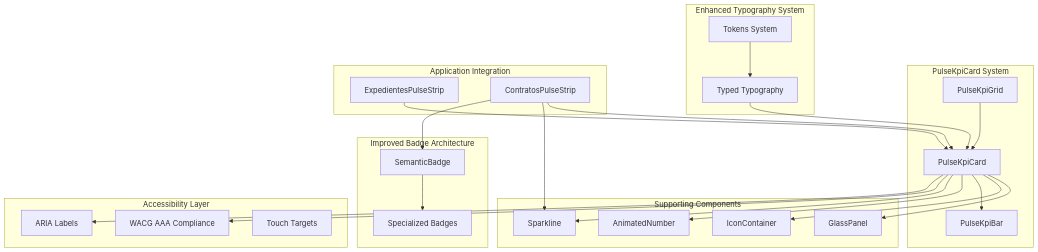
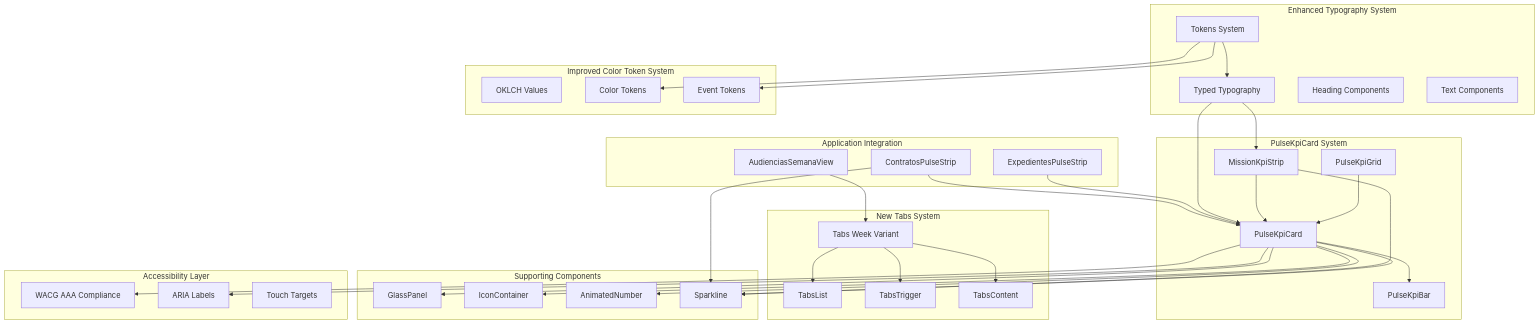
The first of 3 diagrams in .qoder/repowiki/en/content/Design System/PulseKpiCard Component System.md (SinesysTech/zattar-os), drawn with Mermaid before and after one commit. The commit also changed other lines of this file and 43 other files, not shown here.

First line of the commit message:
refactor: replace deprecated Typography components with semantic HTML elements

````diff
--- a/.qoder/repowiki/en/content/Design System/PulseKpiCard Component System.md
+++ b/.qoder/repowiki/en/content/Design System/PulseKpiCard Component System.md
@@ -52,46 +59,64 @@
 ```mermaid
 graph TB
 subgraph "PulseKpiCard System"
 PKC[PulseKpiCard]
 PKB[PulseKpiBar]
 PKG[PulseKpiGrid]
+MKI[MissionKpiStrip]
 end
 subgraph "Enhanced Typography System"
 TK[Tokens System]
 TY[Typed Typography]
+HD[Heading Components]
+TX[Text Components]
 end
-subgraph "Improved Badge Architecture"
-SB[SemanticBadge]
-SBS[Specialized Badges]
+subgraph "Improved Color Token System"
+OKLCH[OKLCH Values]
+CT[Color Tokens]
+ET[Event Tokens]
+end
+subgraph "New Tabs System"
+TW[Tabs Week Variant]
+TL[TabsList]
+TT[TabsTrigger]
+TC[TabsContent]
 end
 subgraph "Supporting Components"
 GP[GlassPanel]
 IC[IconContainer]
 AN[AnimatedNumber]
 SP[Sparkline]
 end
 subgraph "Accessibility Layer"
 WC[WACG AAA Compliance]
 ARIA[ARIA Labels]
 TF[Touch Targets]
 end
 subgraph "Application Integration"
 EPS[ExpedientesPulseStrip]
 CPS[ContratosPulseStrip]
+AVW[AudienciasSemanaView]
 end
 PKC --> GP
 PKC --> IC
 PKC --> PKB
 PKC --> AN
 PKC --> SP
 PKC --> WC
 PKC --> ARIA
 PKG --> PKC
-SB --> SBS
+MKI --> PKC
+MKI --> SP
 TY --> PKC
+TY --> MKI
 TK --> TY
+TK --> CT
+TK --> ET
+TW --> TL
+TW --> TT
+TW --> TC
+AVW --> TW
 EPS --> PKC
 CPS --> PKC
 CPS --> SP
-CPS --> SB
 ```
````
